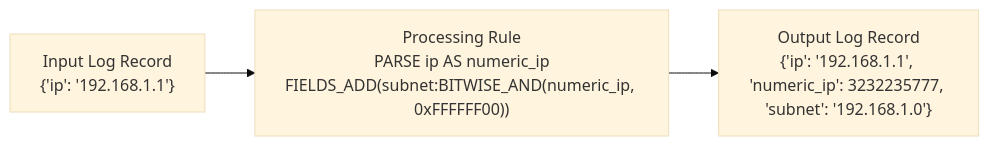
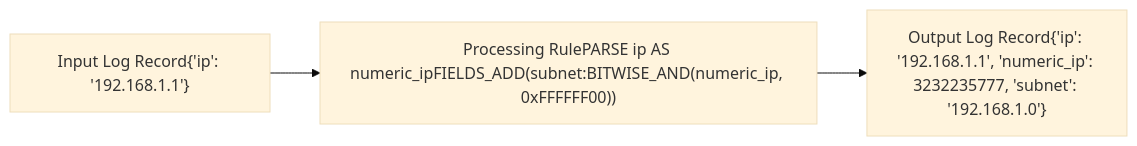
One commit to Marc-Nueno-Montolio/EC_onsite changed the seventh of 18 diagrams in app/courses/01-log-monitoring/sections/05-create-log-processing-rules/content.md. Above: the diagram before and after it, drawn with Mermaid (base theme). The commit also changed other lines of this file and 7 other files, not shown here.

````diff
--- a/app/courses/01-log-monitoring/sections/05-create-log-processing-rules/content.md
+++ b/app/courses/01-log-monitoring/sections/05-create-log-processing-rules/content.md
@@ -109,6 +115,6 @@
-	```mermaid
-	graph LR
-	    id1["Input Log Record<br>{'ip': '192.168.1.1'}"] -->
-	    id2["Processing Rule<br>PARSE ip AS numeric_ip<br>FIELDS_ADD(subnet:BITWISE_AND(numeric_ip, 0xFFFFFF00))"] -->
-	    id3["Output Log Record<br>{'ip': '192.168.1.1', 'numeric_ip': 3232235777, 'subnet': '192.168.1.0'}"]
-	```
+```mermaid
+graph LR
+	id1["Input Log Record{'ip': '192.168.1.1'}"] -->
+	id2["Processing RulePARSE ip AS numeric_ipFIELDS_ADD(subnet:BITWISE_AND(numeric_ip, 0xFFFFFF00))"] -->
+	id3["Output Log Record{'ip': '192.168.1.1', 'numeric_ip': 3232235777, 'subnet': '192.168.1.0'}"]
+```
````
